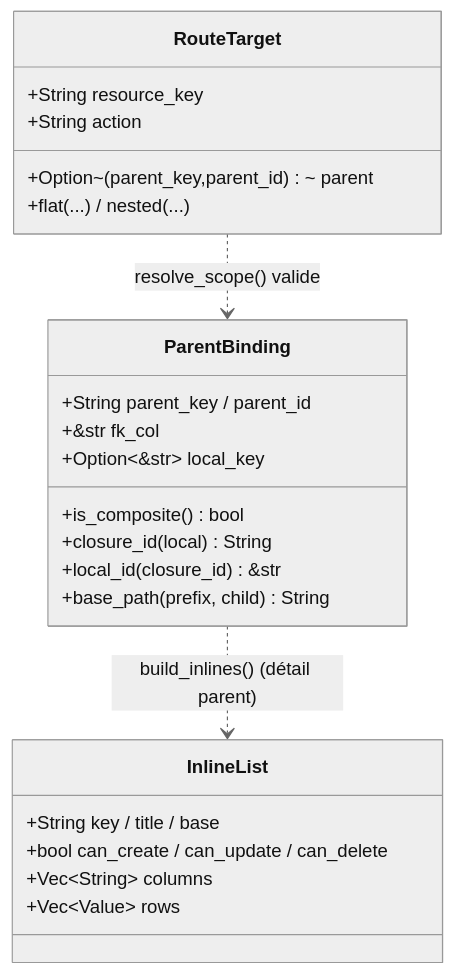
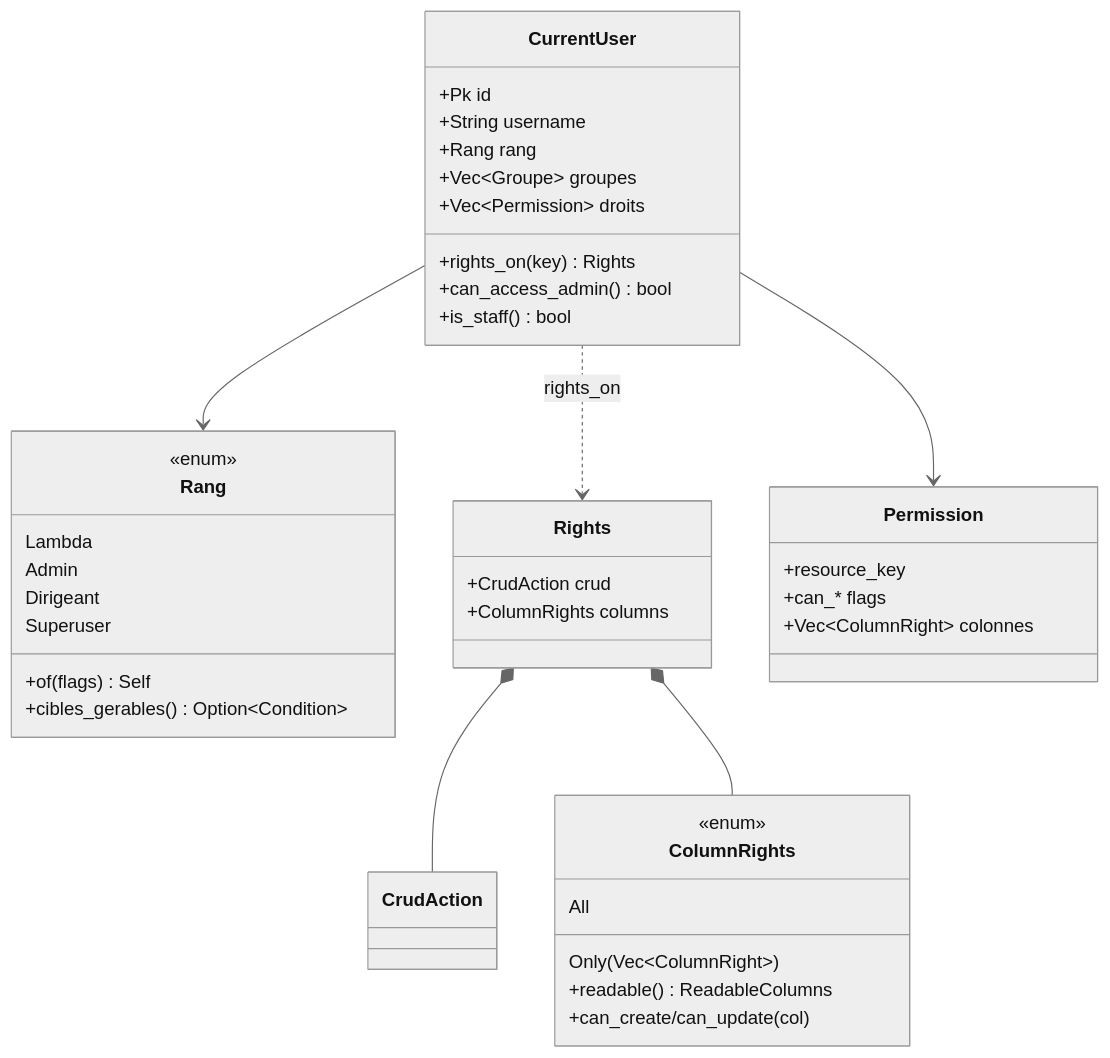
The fourth of 6 diagrams in diagramme/uml/admin/admin-resource-permissions.md (seb-alliot/runique), drawn with Mermaid (neutral theme) before and after one commit. The commit also changed other lines of this file and 36 other files, not shown here.

````diff
--- a/diagramme/uml/admin/admin-resource-permissions.md
+++ b/diagramme/uml/admin/admin-resource-permissions.md
@@ -138,26 +194,43 @@
 ```mermaid
 classDiagram
-    class RouteTarget {
-        +String resource_key
-        +String action
-        +Option~(parent_key,parent_id)~ parent
-        +flat(...) / nested(...)
+    class Rang {
+        <<enum>>
+        Lambda
+        Admin
+        Dirigeant
+        Superuser
+        +of(flags) Self
+        +cibles_gerables() Option~Condition~
     }
-    class ParentBinding {
-        +String parent_key / parent_id
-        +&str fk_col
-        +Option~&str~ local_key
-        +is_composite() bool
-        +closure_id(local) String
-        +local_id(closure_id) &str
-        +base_path(prefix, child) String
+    class CurrentUser {
+        +Pk id
+        +String username
+        +Rang rang
+        +Vec~Groupe~ groupes
+        +Vec~Permission~ droits
+        +rights_on(key) Rights
+        +can_access_admin() bool
+        +is_staff() bool
     }
-    class InlineList {
-        +String key / title / base
-        +bool can_create / can_update / can_delete
-        +Vec~String~ columns
-        +Vec~Value~ rows
+    class Rights {
+        +CrudAction crud
+        +ColumnRights columns
     }
-    RouteTarget ..> ParentBinding : resolve_scope() valide
-    ParentBinding ..> InlineList : build_inlines() (détail parent)
+    class ColumnRights {
+        <<enum>>
+        All
+        Only(Vec~ColumnRight~)
+        +readable() ReadableColumns
+        +can_create/can_update(col)
+    }
+    class Permission {
+        +resource_key
+        +can_* flags
+        +Vec~ColumnRight~ colonnes
+    }
+    CurrentUser --> Rang
+    CurrentUser --> Permission
+    CurrentUser ..> Rights : rights_on
+    Rights *-- CrudAction
+    Rights *-- ColumnRights
 ```
````
